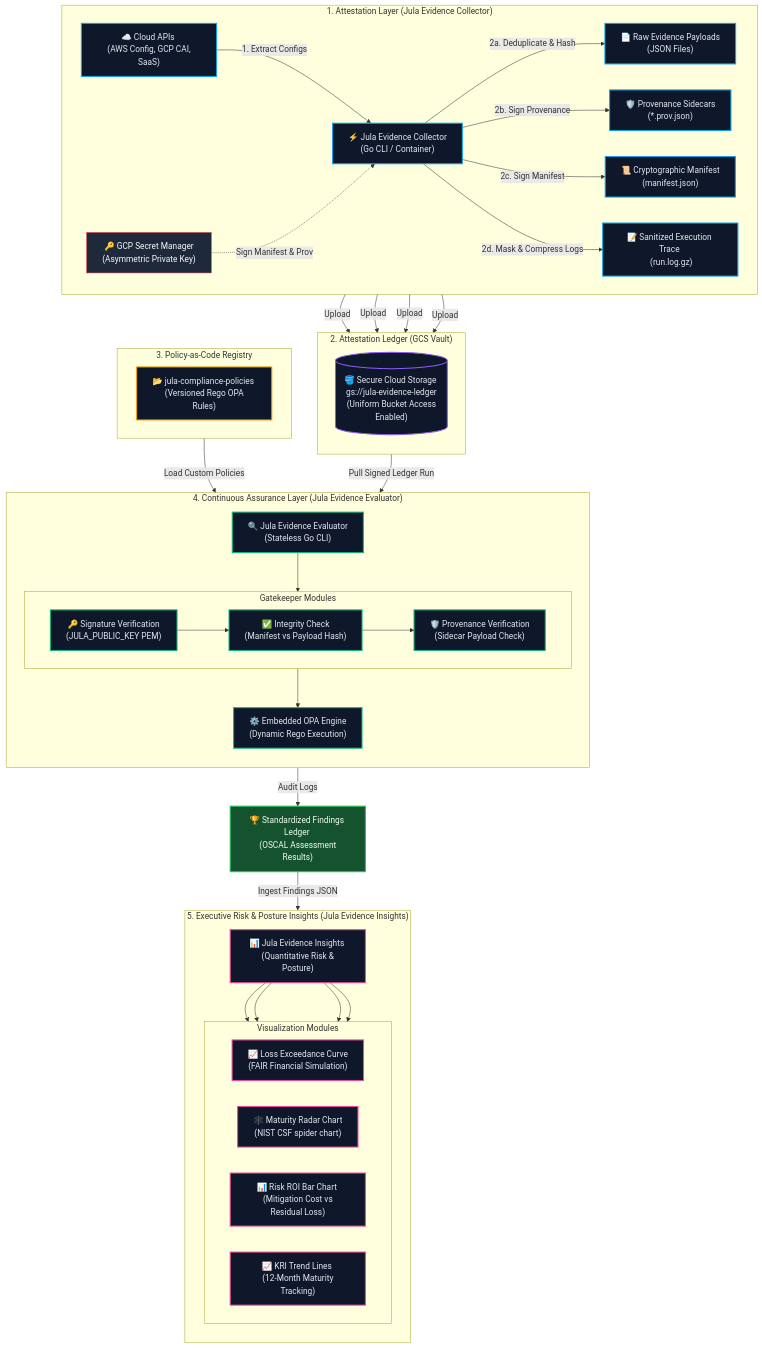
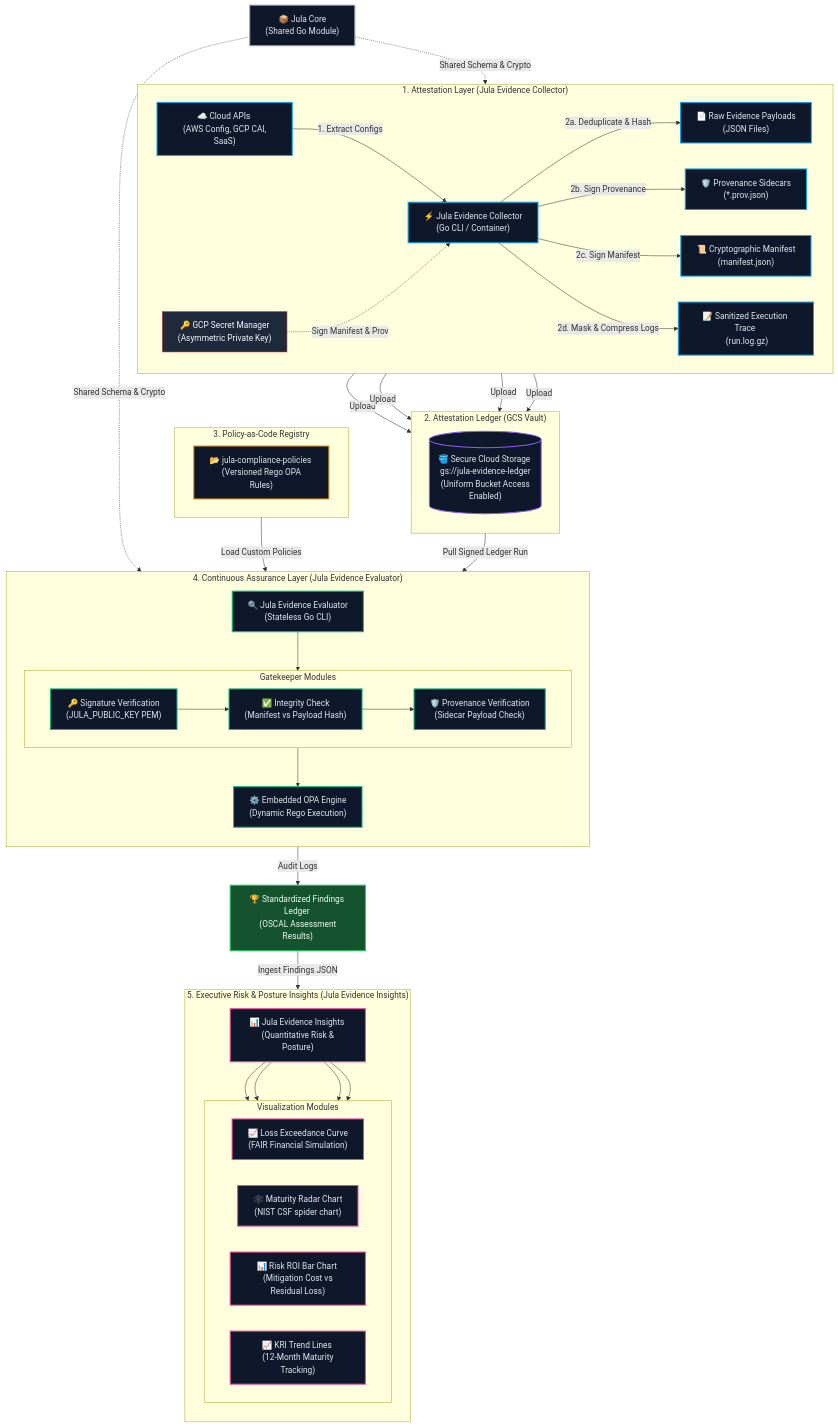
Before and after one commit to alibkaba/jula: the diagram in README.md, drawn with Mermaid. The commit also changed other lines of this file, not shown here.

Commit message:
docs: update architecture diagram and components to include Jula Core

````diff
--- a/README.md
+++ b/README.md
@@ -54,6 +54,7 @@
     classDef security fill:#1e293b,stroke:#ef4444,stroke-width:1px,color:#f8fafc;
     classDef output fill:#14532d,stroke:#22c55e,stroke-width:2px,color:#f0fdf4;
     classDef insights fill:#0f172a,stroke:#ec4899,stroke-width:2px,color:#e2e8f0;
+    classDef core fill:#0f172a,stroke:#94a3b8,stroke-width:2px,color:#e2e8f0;
 
     subgraph Phase1 ["1. Attestation Layer (Jula Evidence Collector)"]
         direction LR
@@ -116,6 +117,10 @@
         DB --> Trend
     end
 
+    JC["📦 Jula Core <br> (Shared Go Module)"]
+
+    JC -.->|Shared Schema & Crypto| EC
+    JC -.->|Shared Schema & Crypto| EE
     GCS -->|Pull Signed Ledger Run| EE
     PR -->|Load Custom Policies| EE
     OPA -->|Audit Logs| Findings["🏆 Standardized Findings Ledger <br> (OSCAL Assessment Results)"]
@@ -129,4 +134,5 @@
     class KMS security;
     class Findings output;
     class DB,LEC,Radar,ROI,Trend insights;
+    class JC core;
 ```
````
